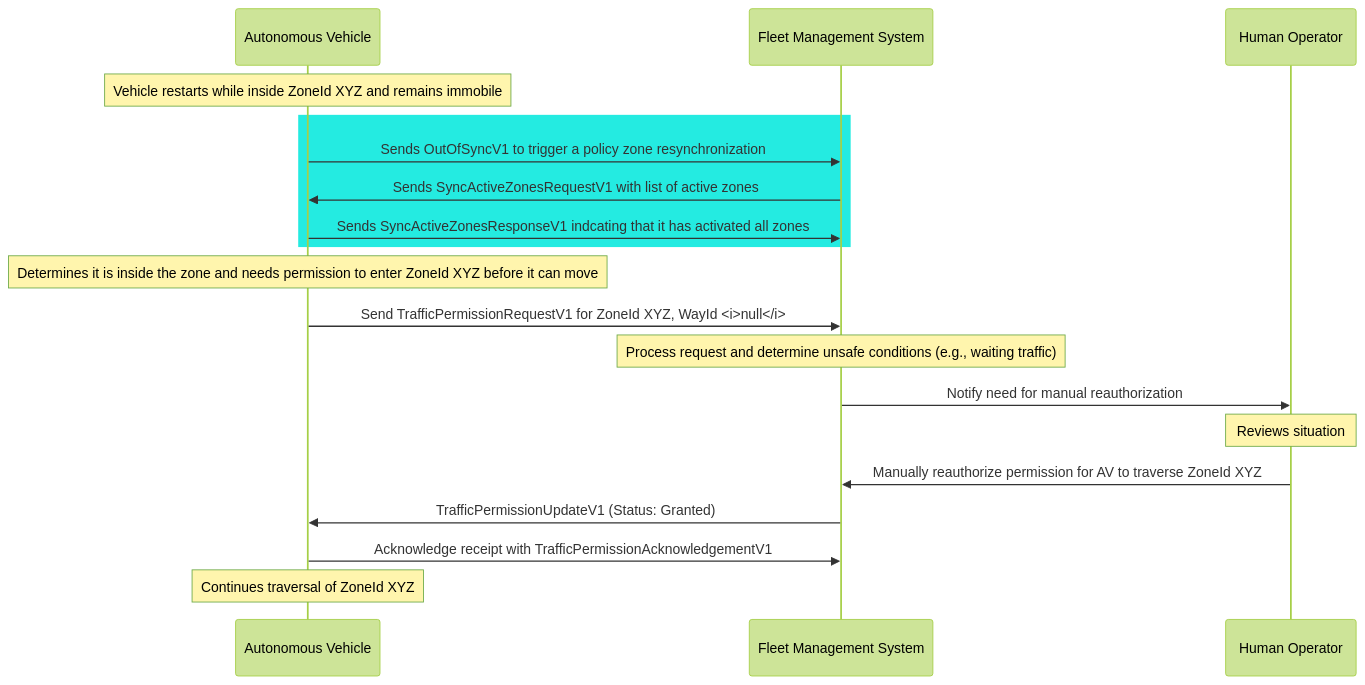
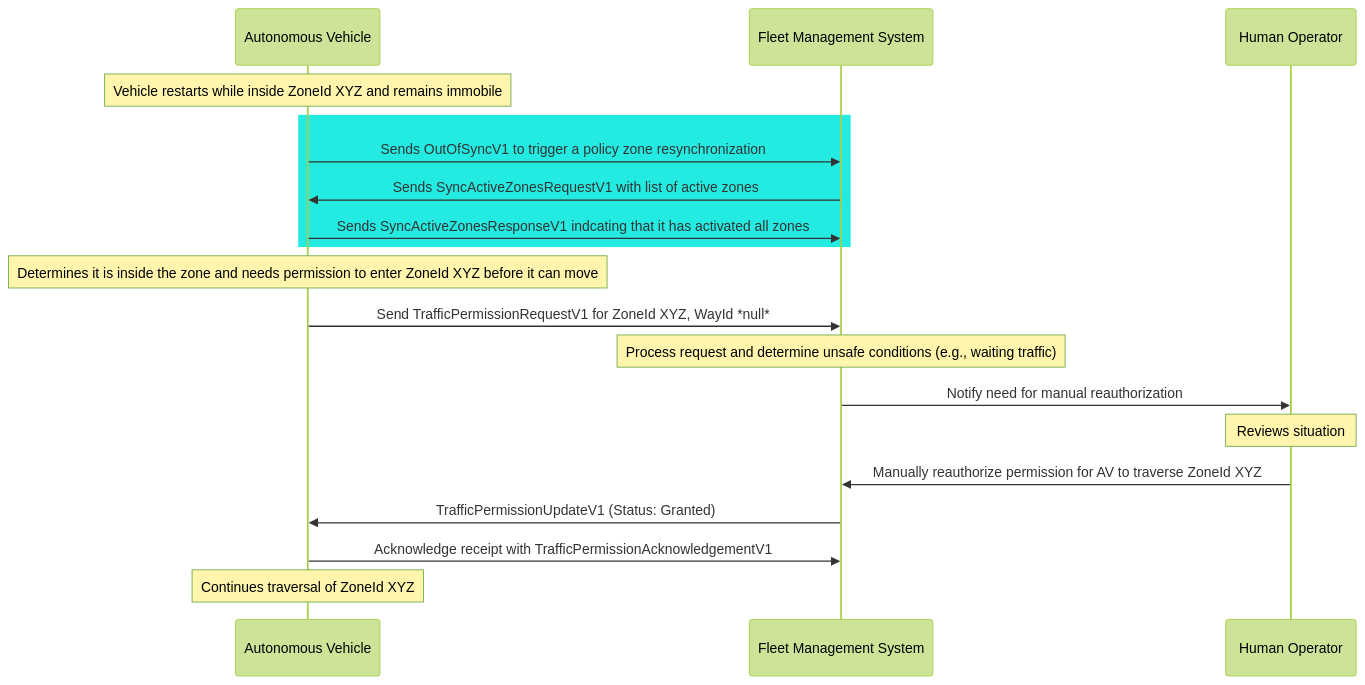
Before and after one commit to open-autonomy/traffic-management: the sixth of 6 diagrams in diagram/RequestingPermission.md, drawn with Mermaid (forest theme).

````diff
--- a/diagram/RequestingPermission.md
+++ b/diagram/RequestingPermission.md
@@ -117,21 +117,21 @@
 ```mermaid
 sequenceDiagram
 	participant AV as Autonomous Vehicle
 	participant FMS as Fleet Management System
 	participant Human as Human Operator
 	Note over AV: Vehicle restarts while inside ZoneId XYZ and remains immobile
 	rect rgba(36, 235, 225, 1)
 		AV->>FMS: Sends OutOfSyncV1 to trigger a policy zone resynchronization
 		FMS->>AV: Sends SyncActiveZonesRequestV1 with list of active zones
 		AV->>FMS: Sends SyncActiveZonesResponseV1 indcating that it has activated all zones
 	end
 	Note over AV: Determines it is inside the zone and needs permission to enter ZoneId XYZ before it can move
-	AV->>FMS: Send TrafficPermissionRequestV1 for ZoneId XYZ, WayId <i>null</i>
+	AV->>FMS: Send TrafficPermissionRequestV1 for ZoneId XYZ, WayId *null*
 	Note over FMS: Process request and determine unsafe conditions (e.g., waiting traffic)
 	FMS->>Human: Notify need for manual reauthorization
 	Note over Human: Reviews situation
 	Human->>FMS: Manually reauthorize permission for AV to traverse ZoneId XYZ
 	FMS->>AV: TrafficPermissionUpdateV1 (Status: Granted)
 	AV->>FMS: Acknowledge receipt with TrafficPermissionAcknowledgementV1
 	Note over AV: Continues traversal of ZoneId XYZ
 ```
````
